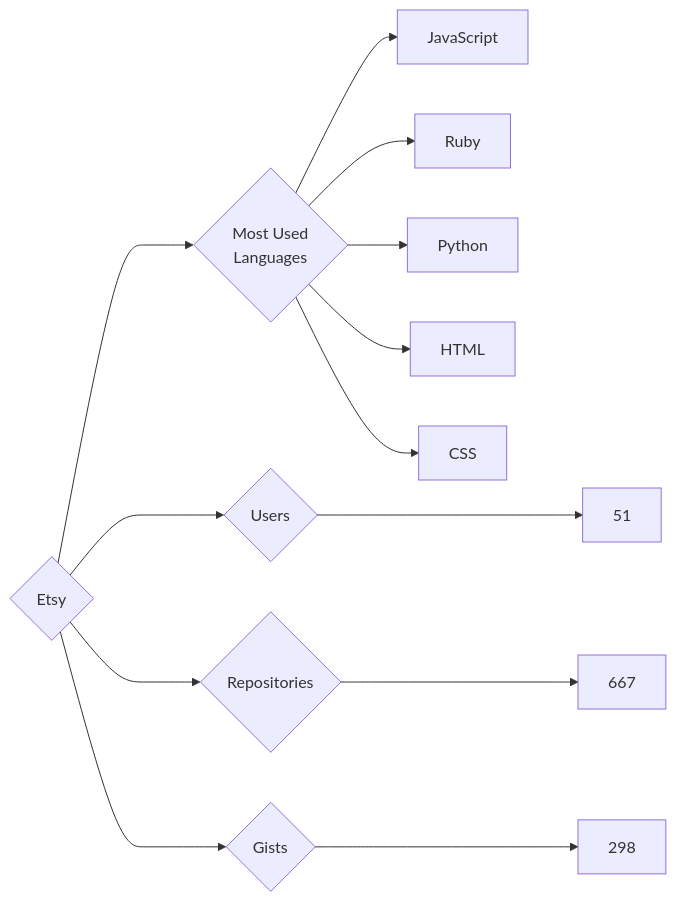
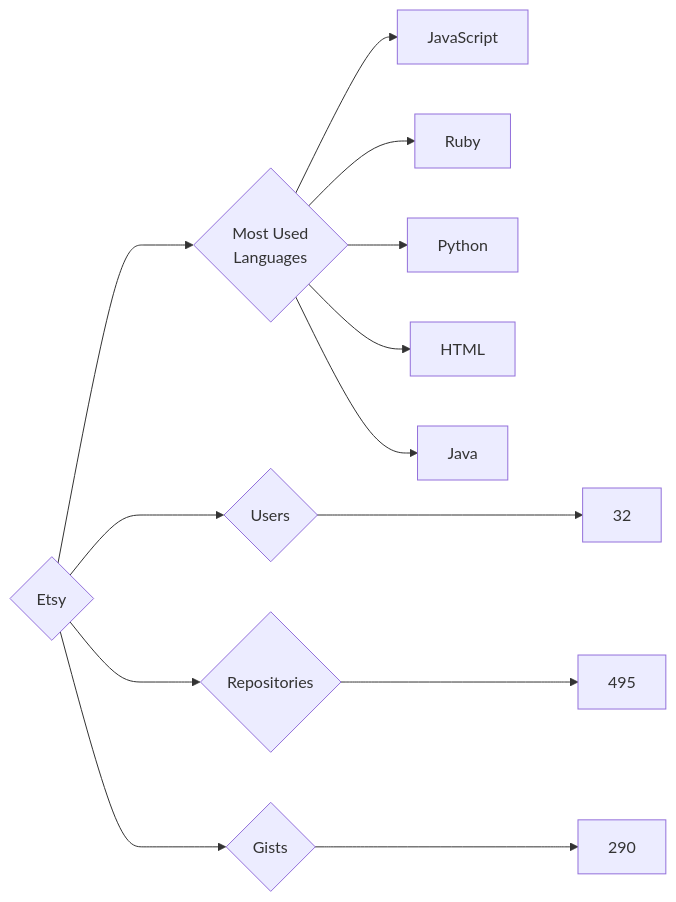
The diagram in targets/Etsy/README.md (trickest/insiders), drawn with Mermaid before and after one commit. The commit also changed 736 other files, not shown here.

````diff
--- a/targets/Etsy/README.md
+++ b/targets/Etsy/README.md
@@ -3,13 +3,13 @@
 ```mermaid
 graph LR
 COMPANY_NAME{Etsy}
-COMPANY_NAME ---> U{Users} ---> UN[51]
-COMPANY_NAME ---> R{Repositories} ---> RN[667]
-COMPANY_NAME ---> G{Gists} ---> GN[298]
+COMPANY_NAME ---> U{Users} ---> UN[32]
+COMPANY_NAME ---> R{Repositories} ---> RN[495]
+COMPANY_NAME ---> G{Gists} ---> GN[290]
 COMPANY_NAME ---> ML{Most Used<br>Languages}
 ML --> JavaScript[JavaScript]
 ML --> Ruby[Ruby]
 ML --> Python[Python]
 ML --> HTML[HTML]
-ML --> CSS[CSS]
+ML --> Java[Java]
 ```
````
